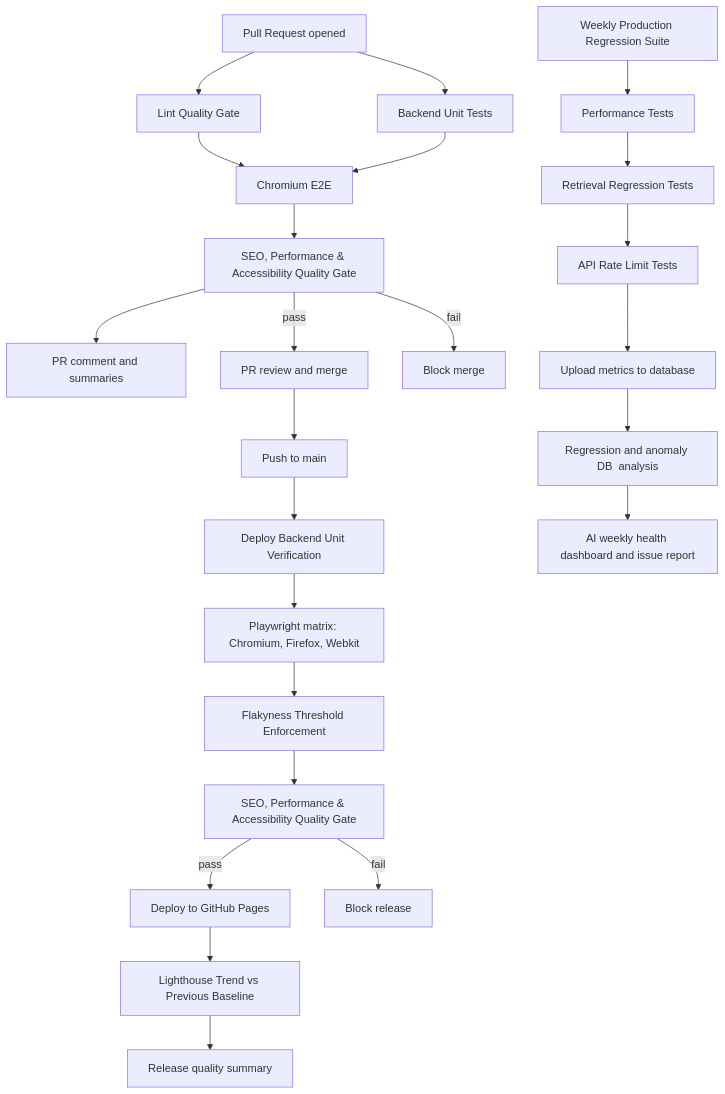
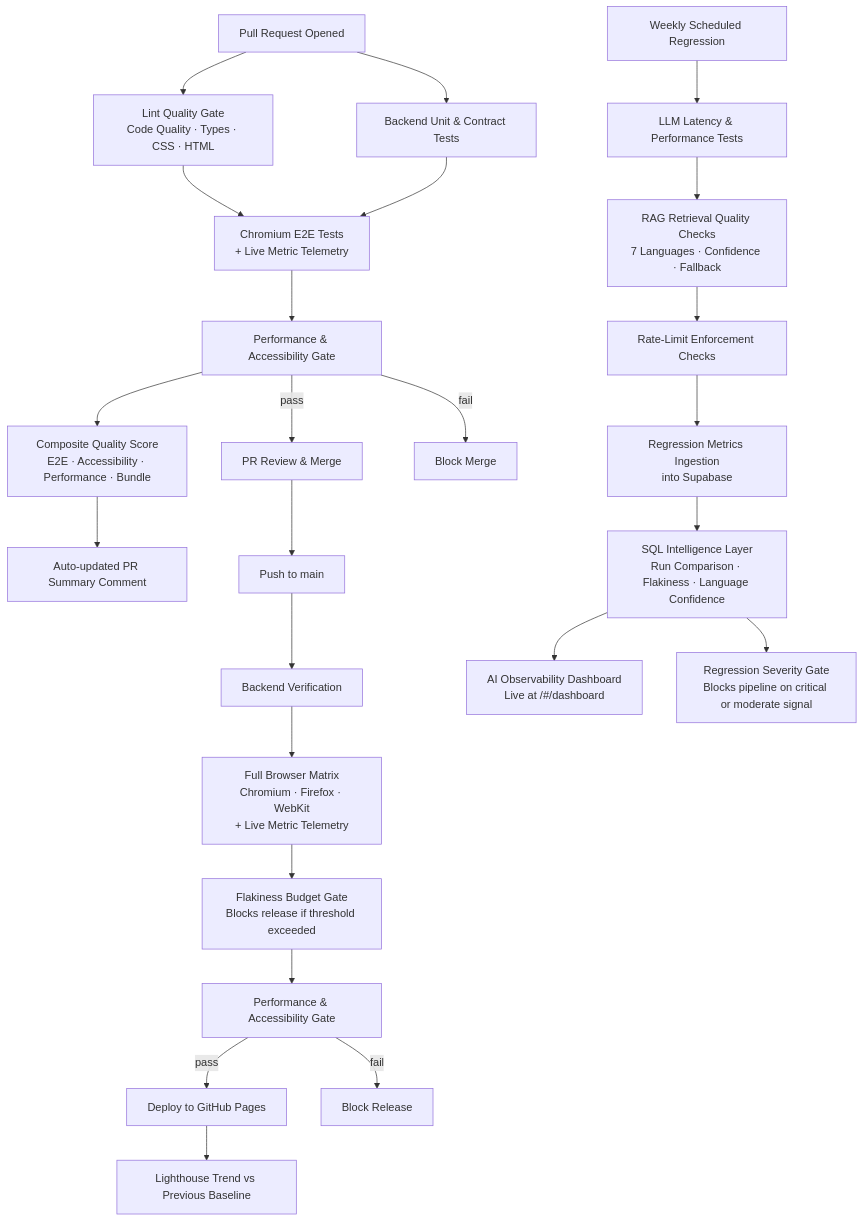
The fourth of 4 diagrams in README.md (David101111101/PortfolioReactAppRepo), drawn with Mermaid before and after one commit. The commit also changed other lines of this file and 20 other files, not shown here.

````diff
--- a/README.md
+++ b/README.md
@@ -214,32 +326,32 @@
 ```mermaid
 flowchart TD
-   PR[Pull Request opened] --> LintGate[Lint Quality Gate]
-   PR --> PRBackend[Backend Unit Tests]
+  PR[Pull Request Opened] --> LintGate[Lint Quality Gate\nCode Quality · Types · CSS · HTML]
+  PR --> PRBackend[Backend Unit & Contract Tests]
 
-   LintGate --> PRE2E[Chromium E2E]
-   PRBackend --> PRE2E
-   PRE2E --> PRLH[SEO, Performance & Accessibility Quality Gate]
-   PRLH --> PRComment[PR comment and summaries]
+  LintGate --> PRE2E[Chromium E2E Tests\n+ Live Metric Telemetry]
+  PRBackend --> PRE2E
+  PRE2E --> PRLH[Performance & Accessibility Gate]
+  PRLH --> QScore[Composite Quality Score\nE2E · Accessibility · Performance · Bundle]
+  QScore --> PRComment[Auto-updated PR Summary Comment]
 
-   PRLH -->|pass| Merge[PR review and merge]
-   PRLH -->|fail| StopPR[Block merge]
+  PRLH -->|pass| Merge[PR Review & Merge]
+  PRLH -->|fail| StopPR[Block Merge]
 
-   Merge --> Main[Push to main]
-   Main --> DepBackend[Deploy Backend Unit Verification]
-   DepBackend --> DepE2E[Playwright matrix: Chromium, Firefox, Webkit]
-   DepE2E --> FlakyBudget[Flakyness Threshold Enforcement]
-   FlakyBudget --> DepLH[SEO, Performance & Accessibility Quality Gate]
-   DepLH -->|pass| Pages[Deploy to GitHub Pages]
-   DepLH -->|fail| StopDeploy[Block release]
+  Merge --> Main[Push to main]
+  Main --> DepBackend[Backend Verification]
+  DepBackend --> DepE2E[Full Browser Matrix\nChromium · Firefox · WebKit\n+ Live Metric Telemetry]
+  DepE2E --> FlakyBudget[Flakiness Budget Gate\nBlocks release if threshold exceeded]
+  FlakyBudget --> DepLH[Performance & Accessibility Gate]
+  DepLH -->|pass| Pages[Deploy to GitHub Pages]
+  DepLH -->|fail| StopDeploy[Block Release]
+  Pages --> LHTrend[Lighthouse Trend vs Previous Baseline]
 
-   Pages --> LHTrend[Lighthouse Trend vs Previous Baseline]
-   LHTrend --> ReleaseSummary[Release quality summary]
-
-   WeeklyTrigger[Weekly Production Regression Suite]
-   WeeklyTrigger --> PerformanceTests[Performance Tests]
-   PerformanceTests --> RetrievalRegressionTests[Retrieval Regression Tests]
-   RetrievalRegressionTests --> RateLimitTests[API Rate Limit Tests]
-   RateLimitTests --> MetricsUpload[Upload metrics to database]
-   MetricsUpload --> DBAnalysis[Regression and anomaly DB  analysis]
-   DBAnalysis --> WeeklyReport[AI weekly health dashboard and issue report]
+  WeeklyTrigger[Weekly Scheduled Regression]
+  WeeklyTrigger --> PerformanceTests[LLM Latency & Performance Tests]
+  PerformanceTests --> RetrievalRegressionTests[RAG Retrieval Quality Checks\n7 Languages · Confidence · Fallback]
+  RetrievalRegressionTests --> RateLimitTests[Rate-Limit Enforcement Checks]
+  RateLimitTests --> MetricsUpload[Regression Metrics Ingestion\ninto Supabase]
+  MetricsUpload --> DBViews[SQL Intelligence Layer\nRun Comparison · Flakiness · Language Confidence]
+  DBViews --> Dashboard[AI Observability Dashboard\nLive at /#/dashboard]
+  DBViews --> RegressionGate[Regression Severity Gate\nBlocks pipeline on critical or moderate signal]
 ```
````
